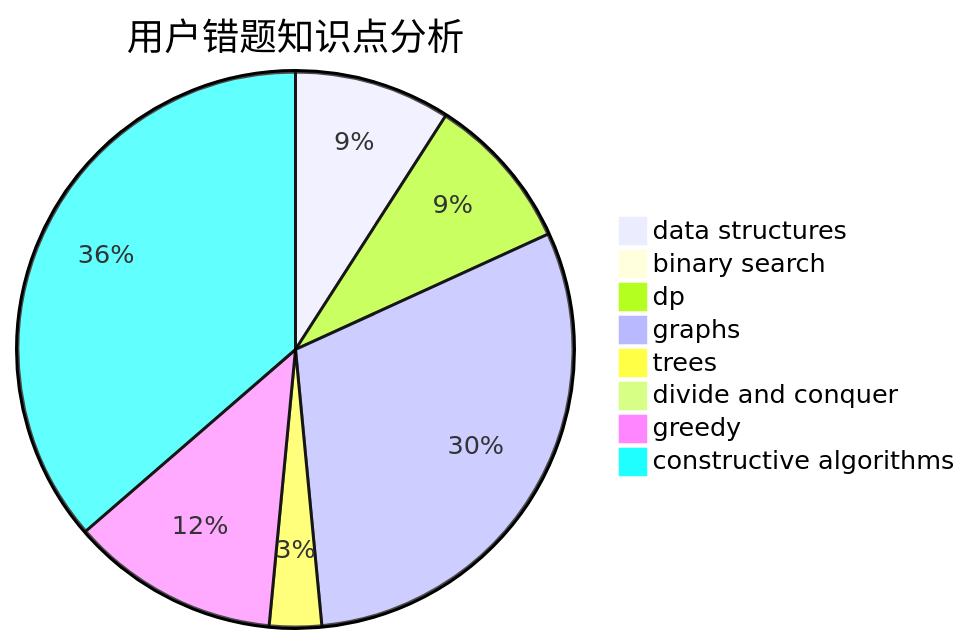
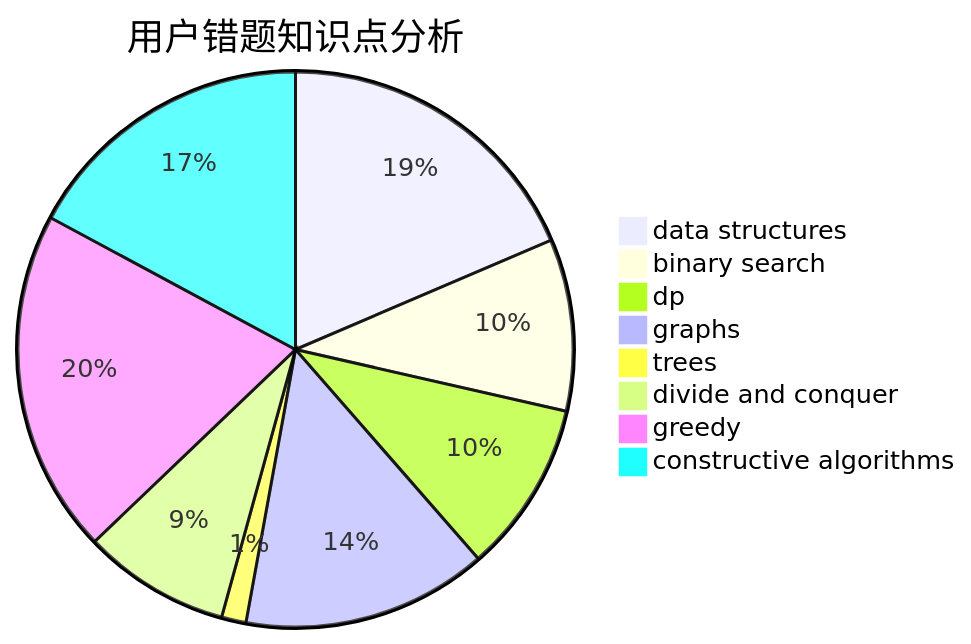
Before and after one commit to sherpahu/cfrs.github.io: the third of 3 diagrams in docs/user/u2212.md, drawn with Mermaid. The commit also changed other lines of this file and 2770 other files, not shown here.

````diff
--- a/docs/user/u2212.md
+++ b/docs/user/u2212.md
@@ -36,11 +36,11 @@
 ```mermaid
 pie title 用户错题知识点分析
-    "data structures" :  3
-    "binary search" :  0
-    "dp" :  3
+    "data structures" :  13
+    "binary search" :  7
+    "dp" :  7
     "graphs" :  10
     "trees" :  1
-    "divide and conquer" :  0
-    "greedy" :  4
+    "divide and conquer" :  6
+    "greedy" :  14
     "constructive algorithms" :  12
 ```
````
